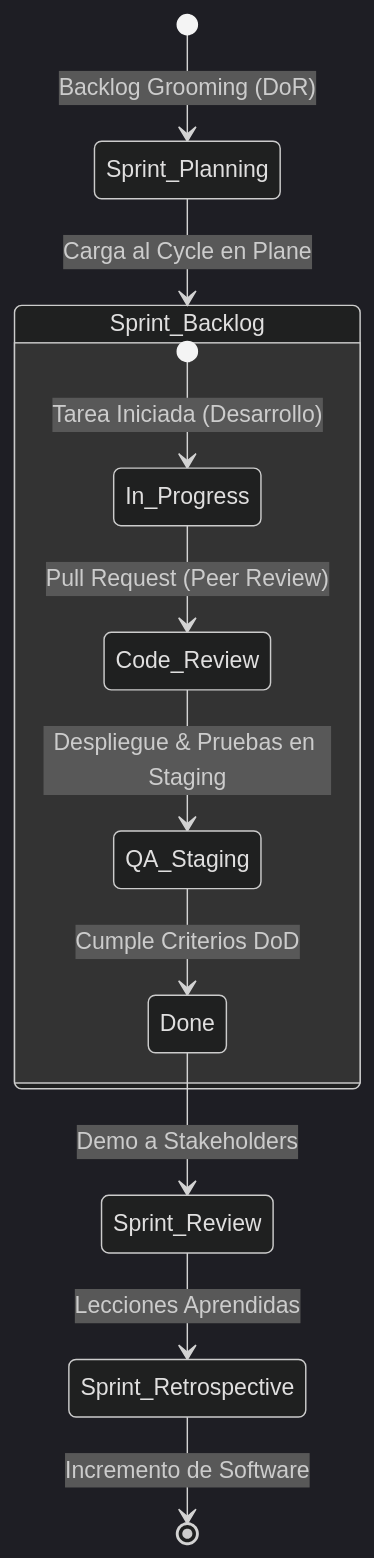
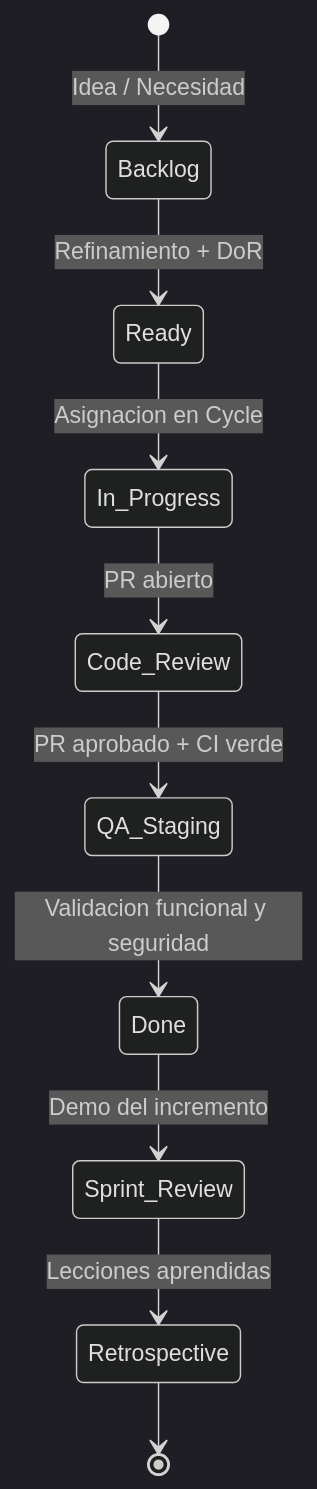
One commit to jhulio435m/FIQ changed the diagram in docs/02_gestion_agil.md. Above: the diagram before and after it, drawn with Mermaid (dark theme). The commit also changed other lines of this file and 166 other files, not shown here.

````diff
--- a/docs/02_gestion_agil.md
+++ b/docs/02_gestion_agil.md
@@ -19,14 +25,12 @@
 ```mermaid
 stateDiagram-v2
-    [*] --> Sprint_Planning: Backlog Grooming (DoR)
-    Sprint_Planning --> Sprint_Backlog: Carga al Cycle en Plane
-    state Sprint_Backlog {
-        [*] --> In_Progress: Tarea Iniciada (Desarrollo)
-        In_Progress --> Code_Review: Pull Request (Peer Review)
-        Code_Review --> QA_Staging: Despliegue & Pruebas en Staging
-        QA_Staging --> Done: Cumple Criterios DoD
-    }
-    Done --> Sprint_Review: Demo a Stakeholders
-    Sprint_Review --> Sprint_Retrospective: Lecciones Aprendidas
-    Sprint_Retrospective --> [*]: Incremento de Software
+    [*] --> Backlog: Idea / Necesidad
+    Backlog --> Ready: Refinamiento + DoR
+    Ready --> In_Progress: Asignacion en Cycle
+    In_Progress --> Code_Review: PR abierto
+    Code_Review --> QA_Staging: PR aprobado + CI verde
+    QA_Staging --> Done: Validacion funcional y seguridad
+    Done --> Sprint_Review: Demo del incremento
+    Sprint_Review --> Retrospective: Lecciones aprendidas
+    Retrospective --> [*]
 ```
````
